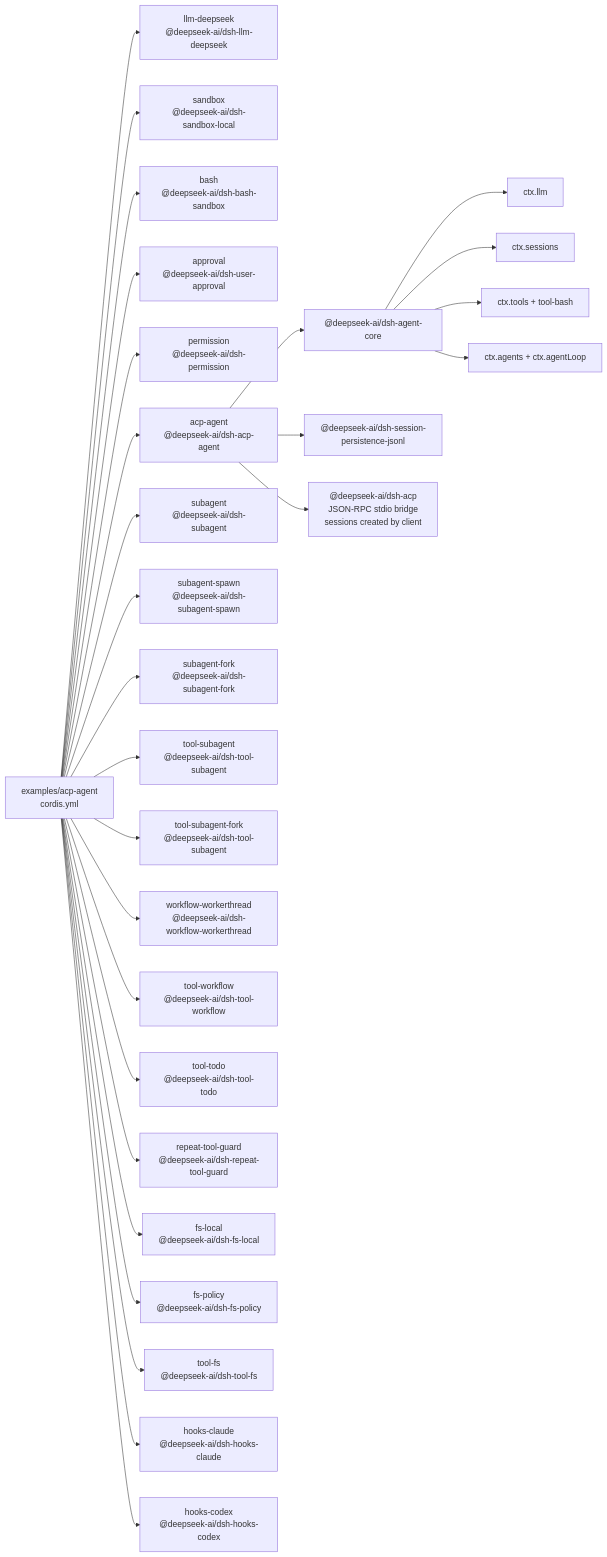
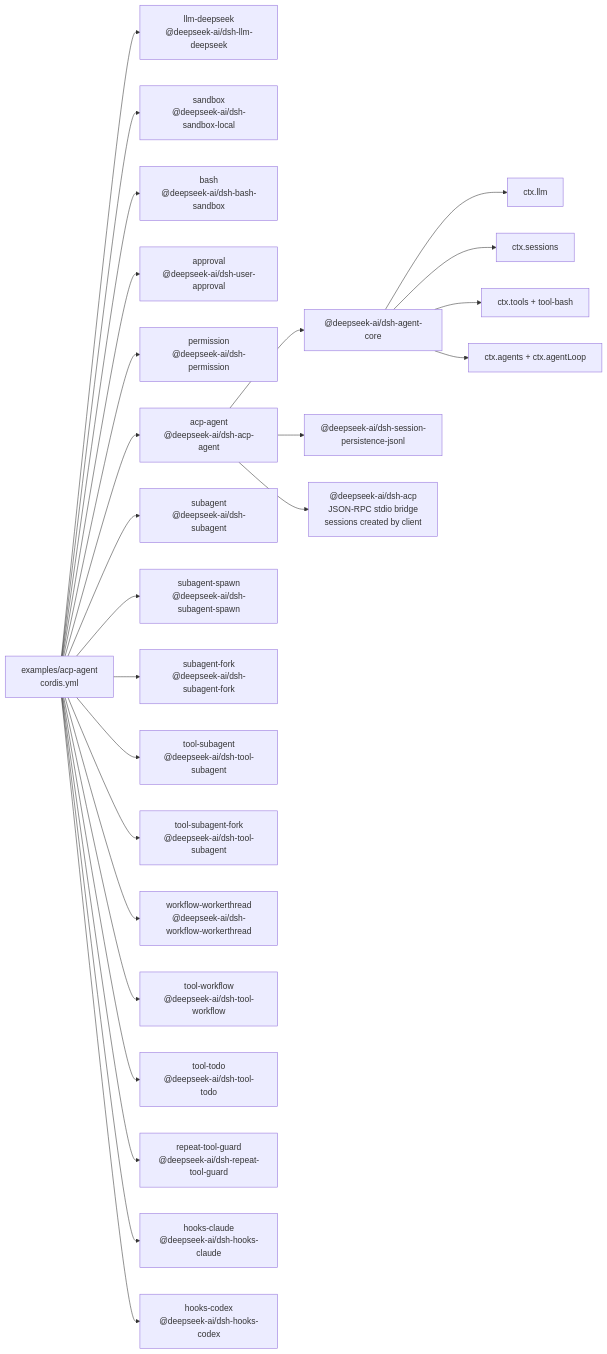
Before and after one commit to eru123/coco-harness: the diagram in examples/acp-agent/composition.md, drawn with Mermaid. The commit also changed other lines of this file and 55 other files, not shown here.

First line of the commit message:
Merge pull request #310 from deepseek-harness/codex/fix-acp-snapshot-fs-registration

````diff
--- a/examples/acp-agent/composition.md
+++ b/examples/acp-agent/composition.md
@@ -8,51 +8,45 @@
 ```mermaid
 flowchart LR
   cfg["examples/acp-agent<br/>cordis.yml"]
   plugin_acp_llm_deepseek["llm-deepseek<br/>@deepseek-ai/dsh-llm-deepseek"]
   cfg --> plugin_acp_llm_deepseek
   plugin_acp_sandbox["sandbox<br/>@deepseek-ai/dsh-sandbox-local"]
   cfg --> plugin_acp_sandbox
   plugin_acp_bash["bash<br/>@deepseek-ai/dsh-bash-sandbox"]
   cfg --> plugin_acp_bash
   plugin_acp_approval["approval<br/>@deepseek-ai/dsh-user-approval"]
   cfg --> plugin_acp_approval
   plugin_acp_permission["permission<br/>@deepseek-ai/dsh-permission"]
   cfg --> plugin_acp_permission
   plugin_acp_acp_agent["acp-agent<br/>@deepseek-ai/dsh-acp-agent"]
   cfg --> plugin_acp_acp_agent
   plugin_acp_acp_agent --> bundle_agent_core["@deepseek-ai/dsh-agent-core"]
   plugin_acp_acp_agent --> bundle_jsonl["@deepseek-ai/dsh-session-persistence-jsonl"]
   plugin_acp_acp_agent --> frontdoor_acp["@deepseek-ai/dsh-acp<br/>JSON-RPC stdio bridge<br/>sessions created by client"]
   bundle_agent_core --> spine_llm["ctx.llm"]
   bundle_agent_core --> spine_sessions["ctx.sessions"]
   bundle_agent_core --> spine_tools["ctx.tools + tool-bash"]
   bundle_agent_core --> spine_loop["ctx.agents + ctx.agentLoop"]
   plugin_acp_subagent["subagent<br/>@deepseek-ai/dsh-subagent"]
   cfg --> plugin_acp_subagent
   plugin_acp_subagent_spawn["subagent-spawn<br/>@deepseek-ai/dsh-subagent-spawn"]
   cfg --> plugin_acp_subagent_spawn
   plugin_acp_subagent_fork["subagent-fork<br/>@deepseek-ai/dsh-subagent-fork"]
   cfg --> plugin_acp_subagent_fork
   plugin_acp_tool_subagent["tool-subagent<br/>@deepseek-ai/dsh-tool-subagent"]
   cfg --> plugin_acp_tool_subagent
   plugin_acp_tool_subagent_fork["tool-subagent-fork<br/>@deepseek-ai/dsh-tool-subagent"]
   cfg --> plugin_acp_tool_subagent_fork
   plugin_acp_workflow_workerthread["workflow-workerthread<br/>@deepseek-ai/dsh-workflow-workerthread"]
   cfg --> plugin_acp_workflow_workerthread
   plugin_acp_tool_workflow["tool-workflow<br/>@deepseek-ai/dsh-tool-workflow"]
   cfg --> plugin_acp_tool_workflow
   plugin_acp_tool_todo["tool-todo<br/>@deepseek-ai/dsh-tool-todo"]
   cfg --> plugin_acp_tool_todo
   plugin_acp_repeat_tool_guard["repeat-tool-guard<br/>@deepseek-ai/dsh-repeat-tool-guard"]
   cfg --> plugin_acp_repeat_tool_guard
-  plugin_acp_fs_local["fs-local<br/>@deepseek-ai/dsh-fs-local"]
-  cfg --> plugin_acp_fs_local
-  plugin_acp_fs_policy["fs-policy<br/>@deepseek-ai/dsh-fs-policy"]
-  cfg --> plugin_acp_fs_policy
-  plugin_acp_tool_fs["tool-fs<br/>@deepseek-ai/dsh-tool-fs"]
-  cfg --> plugin_acp_tool_fs
   plugin_acp_hooks_claude["hooks-claude<br/>@deepseek-ai/dsh-hooks-claude"]
   cfg --> plugin_acp_hooks_claude
   plugin_acp_hooks_codex["hooks-codex<br/>@deepseek-ai/dsh-hooks-codex"]
   cfg --> plugin_acp_hooks_codex
 ```
````
